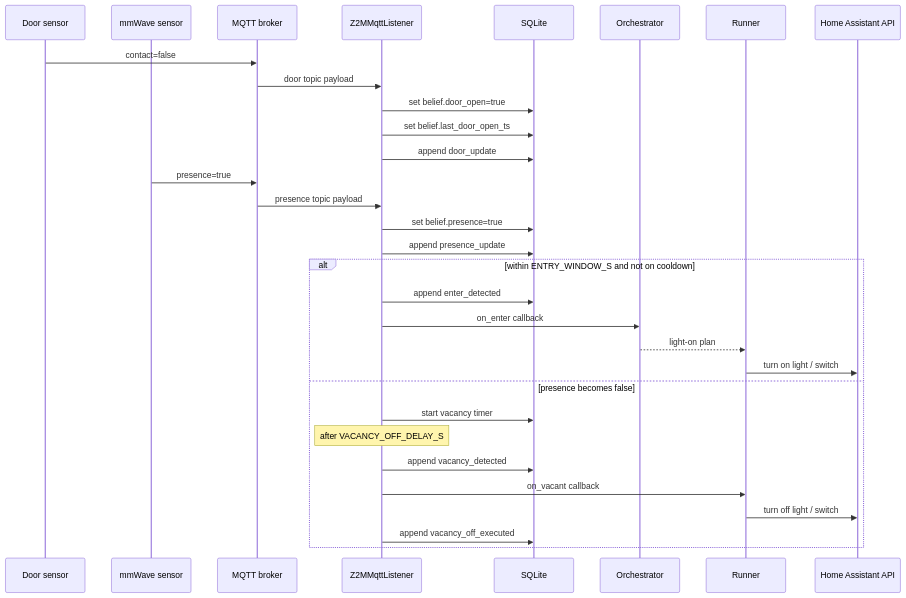
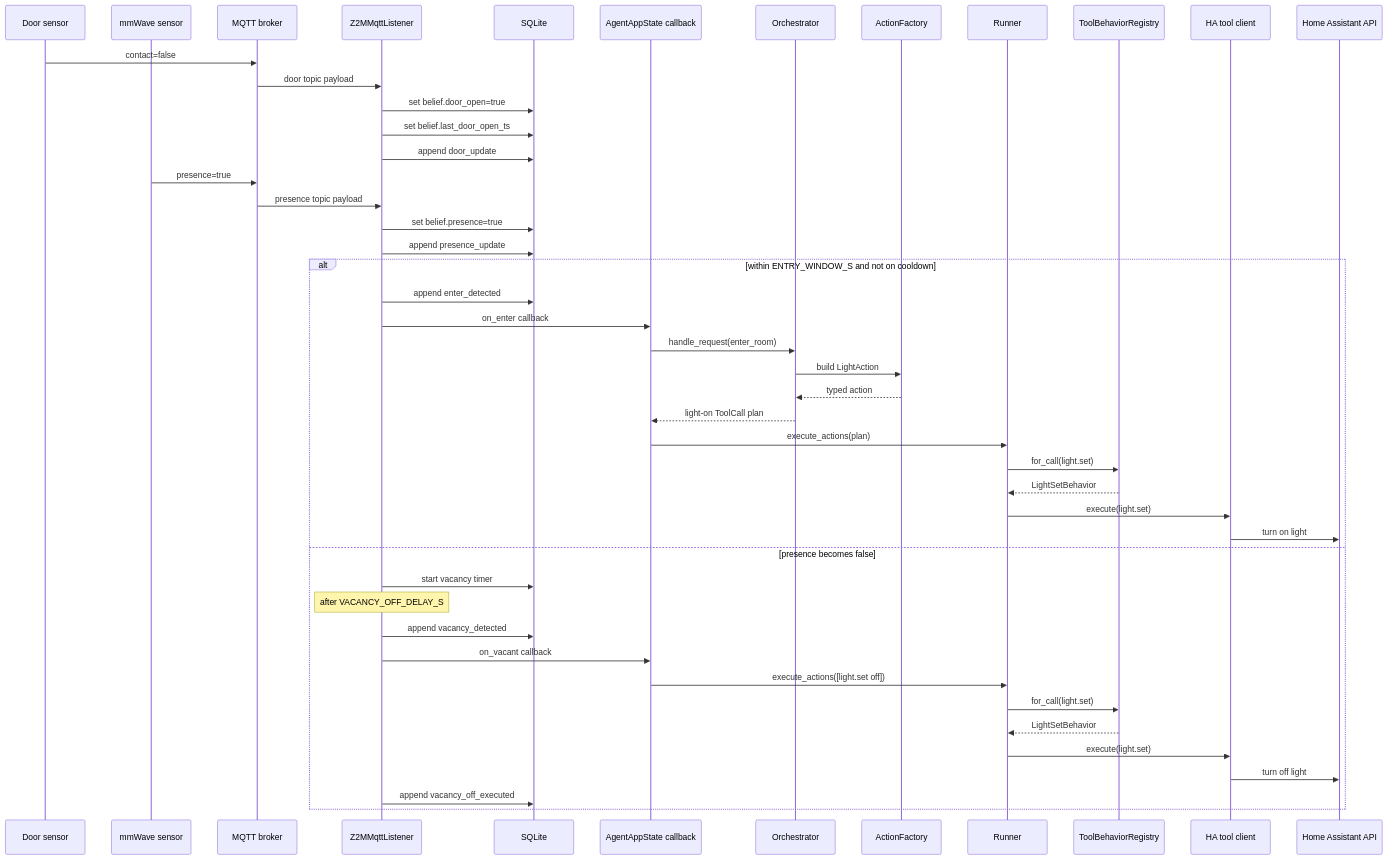
The diagram in docs/mqtt_entry_flow.mmd (RohithSurya/bedroom-agent), drawn with Mermaid before and after one commit. The commit also changed 39 other files, not shown here.

```diff
--- a/docs/mqtt_entry_flow.mmd
+++ b/docs/mqtt_entry_flow.mmd
@@ -1,34 +1,49 @@
 sequenceDiagram
   participant Door as Door sensor
   participant Presence as mmWave sensor
   participant Broker as MQTT broker
   participant Listener as Z2MMqttListener
   participant DB as SQLite
+  participant App as AgentAppState callback
   participant Orch as Orchestrator
+  participant Factory as ActionFactory
   participant Run as Runner
+  participant Registry as ToolBehaviorRegistry
+  participant Tool as HA tool client
   participant HA as Home Assistant API
 
   Door->>Broker: contact=false
   Broker->>Listener: door topic payload
   Listener->>DB: set belief.door_open=true
   Listener->>DB: set belief.last_door_open_ts
   Listener->>DB: append door_update
 
   Presence->>Broker: presence=true
   Broker->>Listener: presence topic payload
   Listener->>DB: set belief.presence=true
   Listener->>DB: append presence_update
 
   alt within ENTRY_WINDOW_S and not on cooldown
     Listener->>DB: append enter_detected
-    Listener->>Orch: on_enter callback
-    Orch-->>Run: light-on plan
-    Run->>HA: turn on light / switch
+    Listener->>App: on_enter callback
+    App->>Orch: handle_request(enter_room)
+    Orch->>Factory: build LightAction
+    Factory-->>Orch: typed action
+    Orch-->>App: light-on ToolCall plan
+    App->>Run: execute_actions(plan)
+    Run->>Registry: for_call(light.set)
+    Registry-->>Run: LightSetBehavior
+    Run->>Tool: execute(light.set)
+    Tool->>HA: turn on light
   else presence becomes false
     Listener->>DB: start vacancy timer
     Note over Listener: after VACANCY_OFF_DELAY_S
     Listener->>DB: append vacancy_detected
-    Listener->>Run: on_vacant callback
-    Run->>HA: turn off light / switch
+    Listener->>App: on_vacant callback
+    App->>Run: execute_actions([light.set off])
+    Run->>Registry: for_call(light.set)
+    Registry-->>Run: LightSetBehavior
+    Run->>Tool: execute(light.set)
+    Tool->>HA: turn off light
     Listener->>DB: append vacancy_off_executed
   end
```
